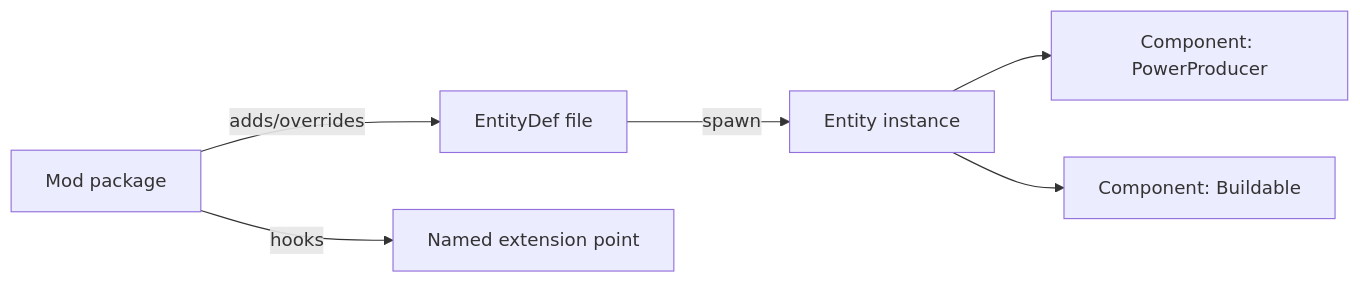
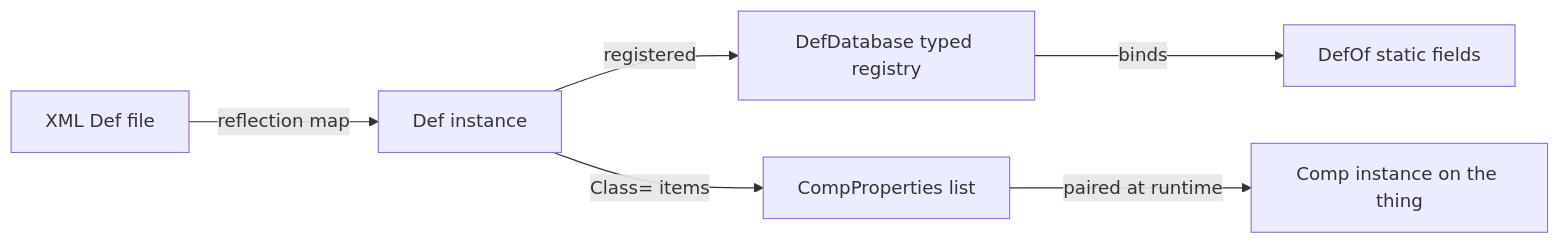
Before and after one commit to m2windham/simWorld: the second of 8 diagrams in docs/spec/simworld-spec.md, drawn with Mermaid. The commit also changed other lines of this file and 2 other files, not shown here.

````diff
--- a/docs/spec/simworld-spec.md
+++ b/docs/spec/simworld-spec.md
@@ -79,8 +99,8 @@
 ```mermaid
 flowchart LR
-  Def[EntityDef file] -->|spawn| Instance[Entity instance]
-  Instance --> C1[Component: PowerProducer]
-  Instance --> C2[Component: Buildable]
-  Mod[Mod package] -->|adds/overrides| Def
-  Mod -->|hooks| ExtPoint[Named extension point]
+  Xml[XML Def file] -->|reflection map| Def[Def instance]
+  Def -->|registered| DB[DefDatabase typed registry]
+  DB -->|binds| DefOf[DefOf static fields]
+  Def -->|Class= items| Comps[CompProperties list]
+  Comps -->|paired at runtime| Comp[Comp instance on the thing]
 ```
````
